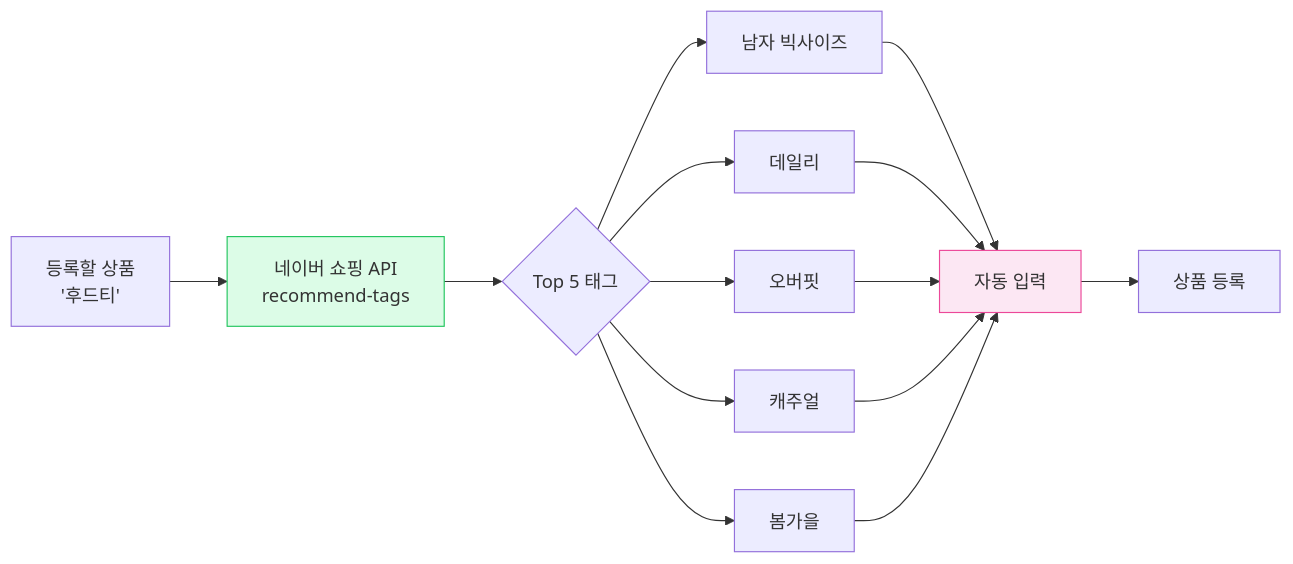
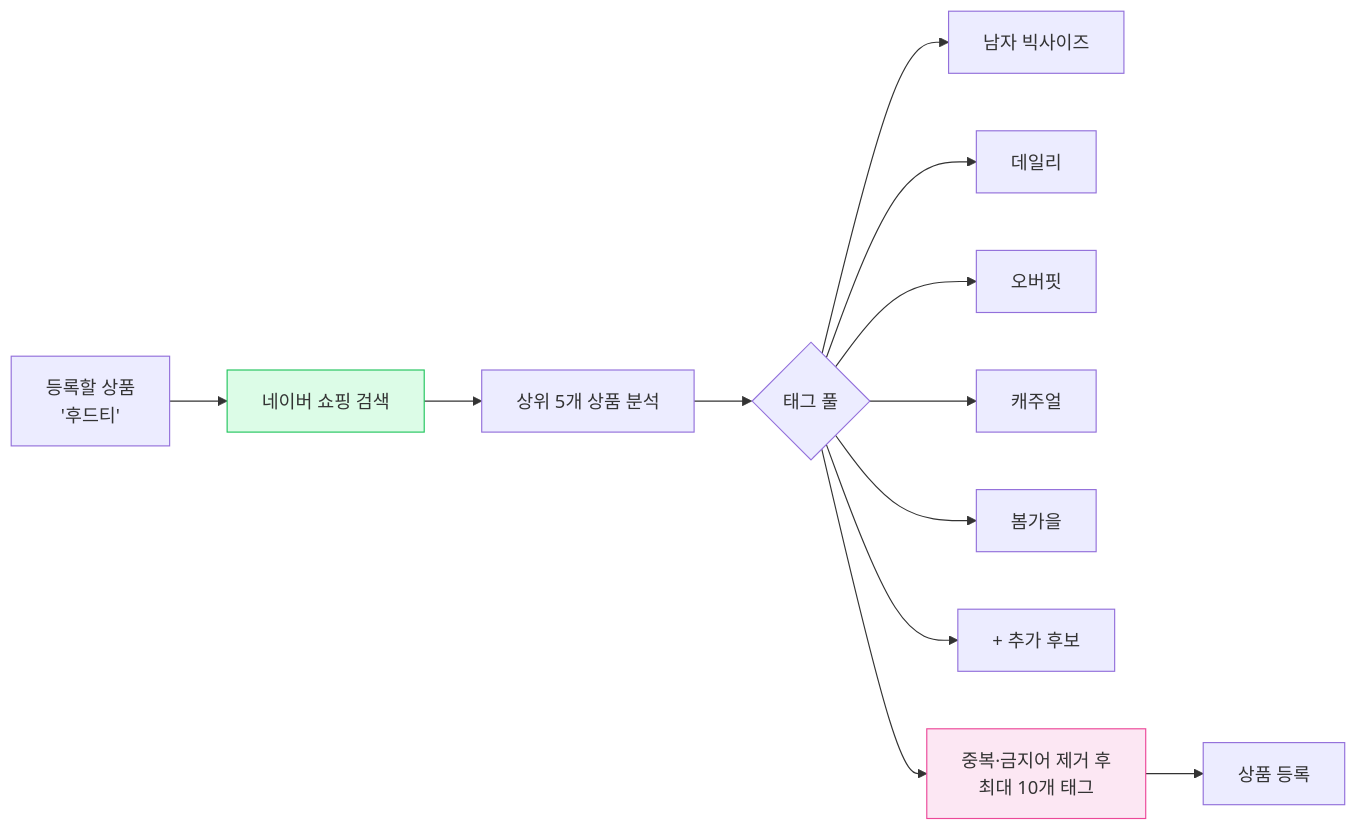
Before and after one commit to cksdud5785-design/lonit-manual: the fourth of 8 diagrams in docs/04-market-strategy/smartstore.md, drawn with Mermaid. The commit also changed other lines of this file and 13 other files, not shown here.

````diff
--- a/docs/04-market-strategy/smartstore.md
+++ b/docs/04-market-strategy/smartstore.md
@@ -117,21 +123,18 @@
 ```mermaid
 flowchart LR
-    PRODUCT[등록할 상품<br>'후드티'] --> N[네이버 쇼핑 API<br>recommend-tags]
-    N --> Top5{Top 5 태그}
-    Top5 --> T1[남자 빅사이즈]
-    Top5 --> T2[데일리]
-    Top5 --> T3[오버핏]
-    Top5 --> T4[캐주얼]
-    Top5 --> T5[봄가을]
+    PRODUCT[등록할 상품<br>'후드티'] --> N[네이버 쇼핑 검색]
+    N --> Seed[상위 5개 상품 분석]
+    Seed --> Pool{태그 풀}
+    Pool --> T1[남자 빅사이즈]
+    Pool --> T2[데일리]
+    Pool --> T3[오버핏]
+    Pool --> T4[캐주얼]
+    Pool --> T5[봄가을]
+    Pool --> T6[+ 추가 후보]
     
-    T1 --> 적용
-    T2 --> 적용
-    T3 --> 적용
-    T4 --> 적용
-    T5 --> 적용
-    
-    적용[자동 입력] --> 등록[상품 등록]
+    Pool --> 적용[중복·금지어 제거 후<br>최대 10개 태그]
+    적용 --> 등록[상품 등록]
     
     style N fill:#dcfce7,stroke:#22c55e
     style 적용 fill:#fce7f3,stroke:#ec4899
 ```
````
